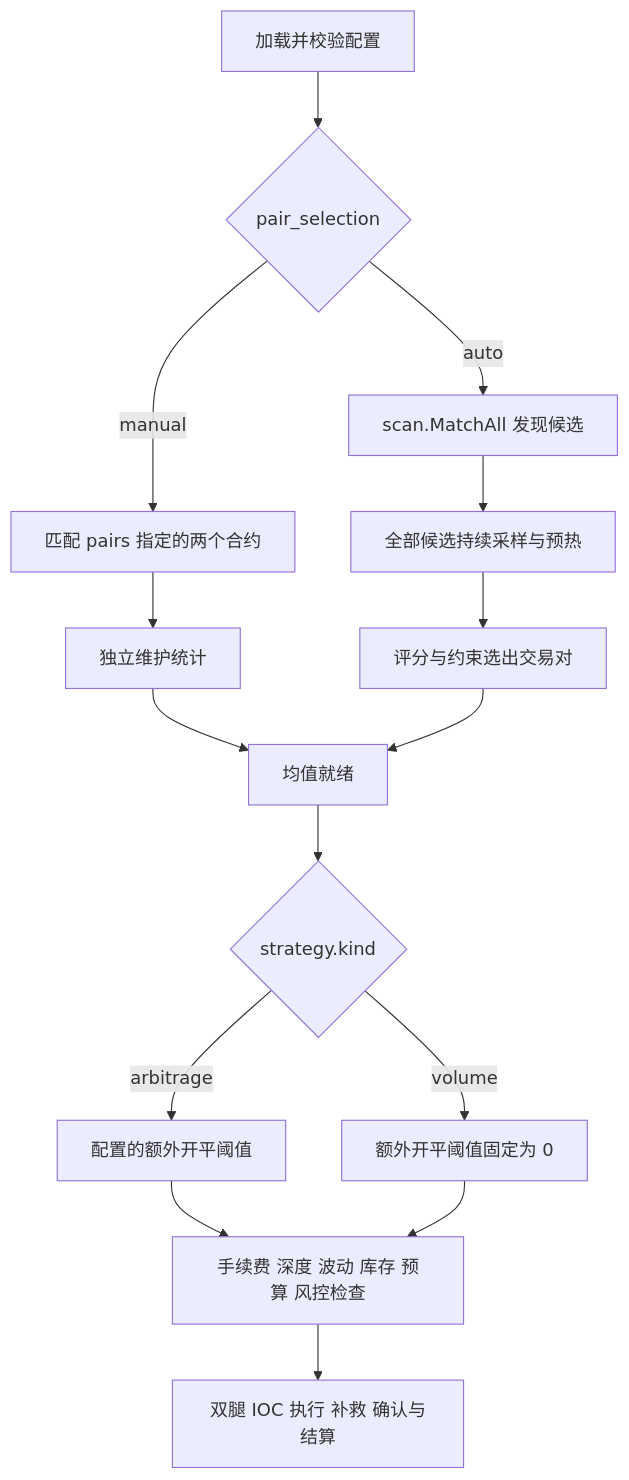
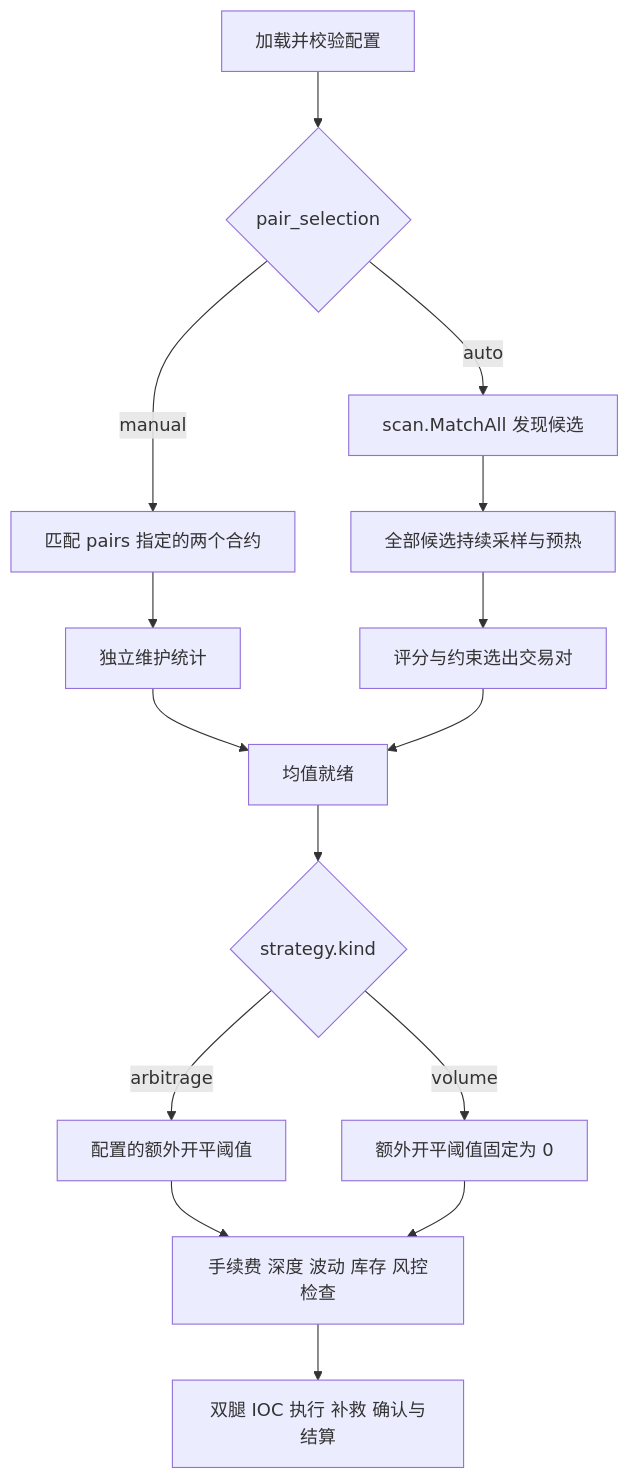
The diagram in docs/strategy-selection-flow.md (Dog-Feng/dex-arbitr), drawn with Mermaid before and after one commit. The commit also changed other lines of this file and 12 other files, not shown here.

````diff
--- a/docs/strategy-selection-flow.md
+++ b/docs/strategy-selection-flow.md
@@ -14,17 +14,17 @@
 ```mermaid
 flowchart TD
   C[加载并校验配置] --> S{pair_selection}
   S -->|manual| M[匹配 pairs 指定的两个合约]
   S -->|auto| A[scan.MatchAll 发现候选]
   A --> W[全部候选持续采样与预热]
   W --> P[评分与约束选出交易对]
   M --> H[独立维护统计]
   H --> R[均值就绪]
   P --> R
   R --> K{strategy.kind}
   K -->|arbitrage| AR[配置的额外开平阈值]
   K -->|volume| V[额外开平阈值固定为 0]
-  AR --> G[手续费 深度 波动 库存 预算 风控检查]
+  AR --> G[手续费 深度 波动 库存 风控检查]
   V --> G
   G --> E[双腿 IOC 执行 补救 确认与结算]
 ```
````
